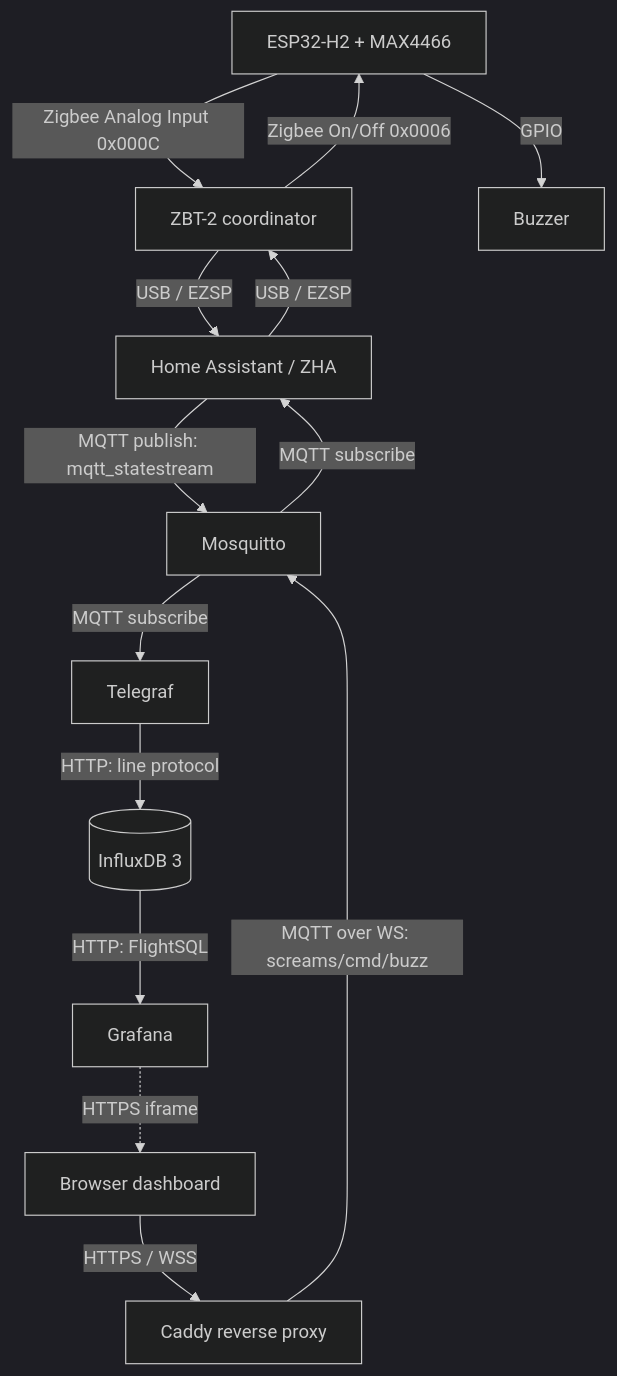
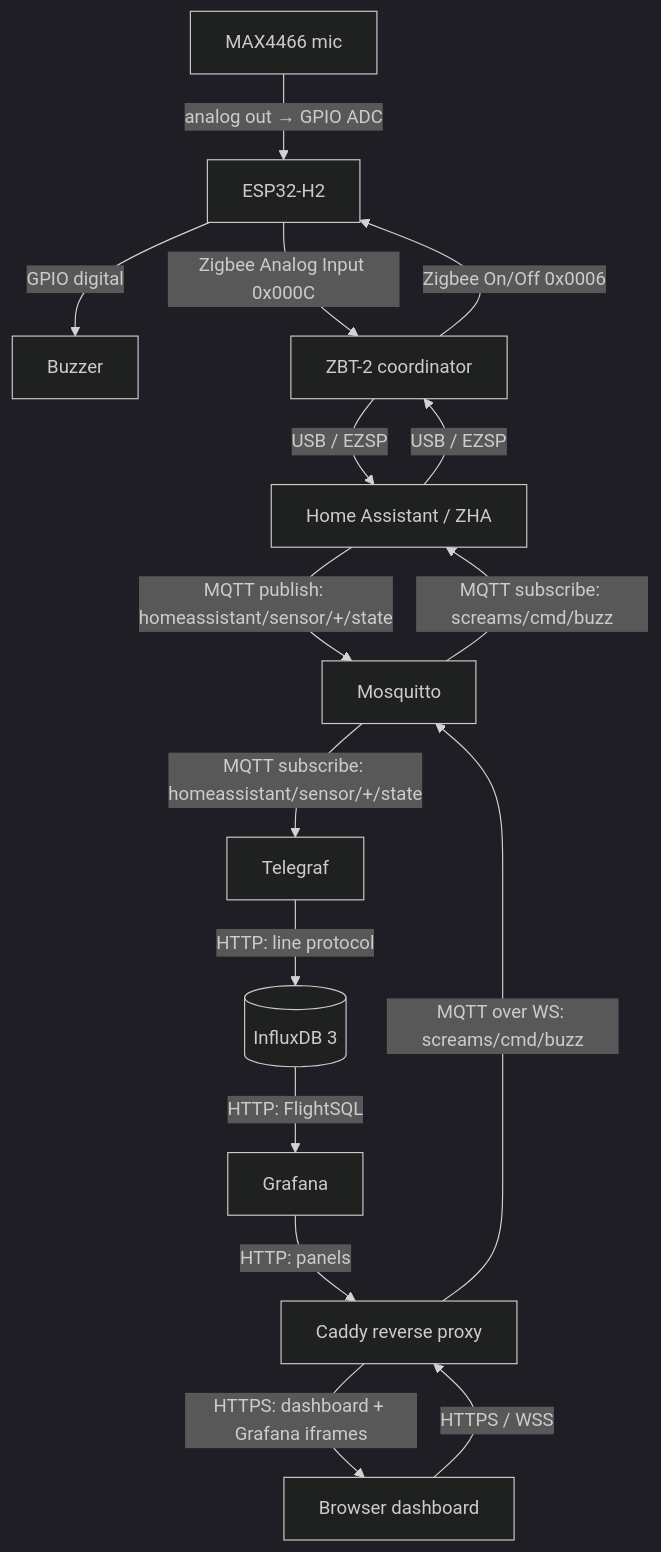
Before and after one commit to TiberiusGh/1dv027-iot: the diagram in README.md, drawn with Mermaid (dark theme).

Commit message:
Diagram update

````diff
--- a/README.md
+++ b/README.md
@@ -13,28 +13,32 @@
 ```mermaid
 flowchart TD
-  H2[ESP32-H2 + MAX4466]
+  MIC[MAX4466 mic]
+  H2[ESP32-H2]
+  BZ[Buzzer]
   ZBT[ZBT-2 coordinator]
   ZHA[Home Assistant / ZHA]
-  CADDY[Caddy reverse proxy]
   MQ[Mosquitto]
   TG[Telegraf]
   DB[(InfluxDB 3)]
   GF[Grafana]
+  CADDY[Caddy reverse proxy]
   WEB[Browser dashboard]
-  BZ[Buzzer]
+
+  MIC -->|analog out → GPIO ADC| H2
+  H2 -->|GPIO digital| BZ
 
   H2 -->|Zigbee Analog Input 0x000C| ZBT
   ZBT -->|USB / EZSP| ZHA
-  ZHA -->|MQTT publish: mqtt_statestream| MQ
-  MQ -->|MQTT subscribe| TG
+  ZHA -->|MQTT publish: homeassistant/sensor/+/state| MQ
+  MQ -->|MQTT subscribe: homeassistant/sensor/+/state| TG
   TG -->|HTTP: line protocol| DB
   DB -->|HTTP: FlightSQL| GF
-  GF -.HTTPS iframe.-> WEB
+  GF -->|HTTP: panels| CADDY
+  CADDY -->|HTTPS: dashboard + Grafana iframes| WEB
 
   WEB -->|HTTPS / WSS| CADDY
   CADDY -->|MQTT over WS: screams/cmd/buzz| MQ
-  MQ -->|MQTT subscribe| ZHA
+  MQ -->|MQTT subscribe: screams/cmd/buzz| ZHA
   ZHA -->|USB / EZSP| ZBT
   ZBT -->|Zigbee On/Off 0x0006| H2
-  H2 -->|GPIO| BZ
 ```
````
